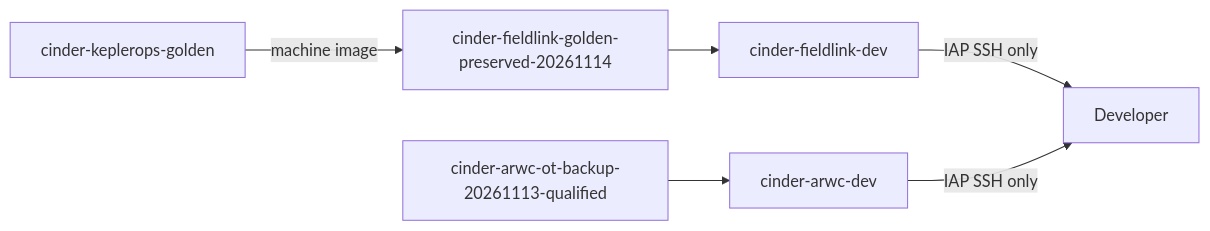
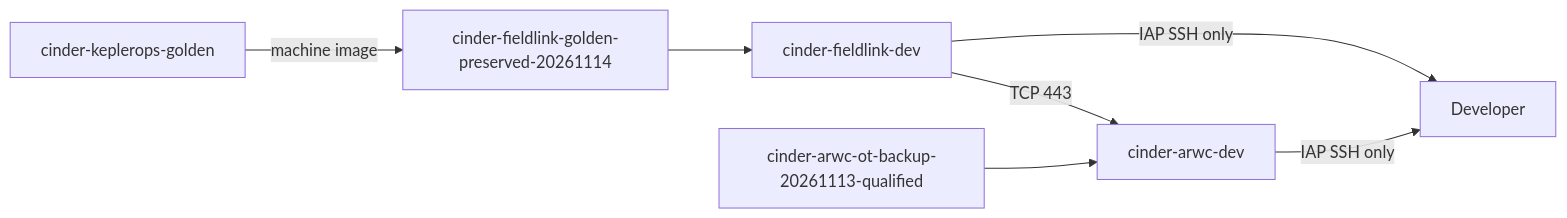
The diagram in cinder-typhoon/docs/design/development-ranges.md (Brad-Edwards/shifter-scenarios), drawn with Mermaid before and after one commit. The commit also changed other lines of this file and 4 other files, not shown here.

````diff
--- a/cinder-typhoon/docs/design/development-ranges.md
+++ b/cinder-typhoon/docs/design/development-ranges.md
@@ -7,8 +7,9 @@
 ```mermaid
 flowchart LR
     KG[cinder-keplerops-golden] -->|machine image| FB[cinder-fieldlink-golden-preserved-20261114]
     FB --> FD[cinder-fieldlink-dev]
     AB[cinder-arwc-ot-backup-20261113-qualified] --> AD[cinder-arwc-dev]
+    FD -->|TCP 443| AD
     FD -->|IAP SSH only| DEV[Developer]
     AD -->|IAP SSH only| DEV
 ```
````
